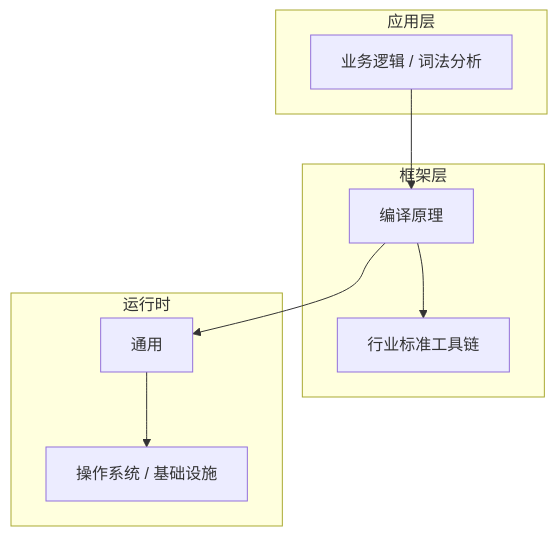
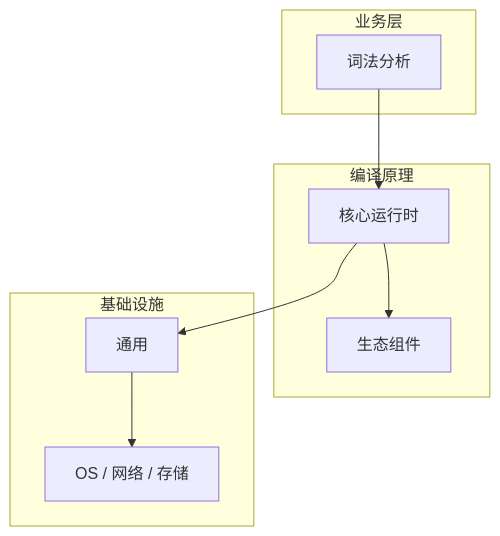
Before and after one commit to yanggan2015/knowledge-json-v2: the diagram in articles/编译原理/chapters/011-词法分析核心概念与原理.md, drawn with Mermaid. The commit also changed other lines of this file and 10127 other files, not shown here.

````diff
--- a/articles/编译原理/chapters/011-词法分析核心概念与原理.md
+++ b/articles/编译原理/chapters/011-词法分析核心概念与原理.md
@@ -45,18 +34,18 @@
 ```mermaid
 graph TB
-    subgraph 应用层
-        A[业务逻辑 / 词法分析]
+    subgraph 业务层
+        A[词法分析]
     end
-    subgraph 框架层
-        B[编译原理]
-        C[行业标准工具链]
+    subgraph 编译原理
+        B[核心运行时]
+        C[生态组件]
     end
-    subgraph 运行时
+    subgraph 基础设施
         D[通用]
-        E[操作系统 / 基础设施]
+        E[OS / 网络 / 存储]
     end
     A --> B
     B --> C
     B --> D
     D --> E
 ```
````
